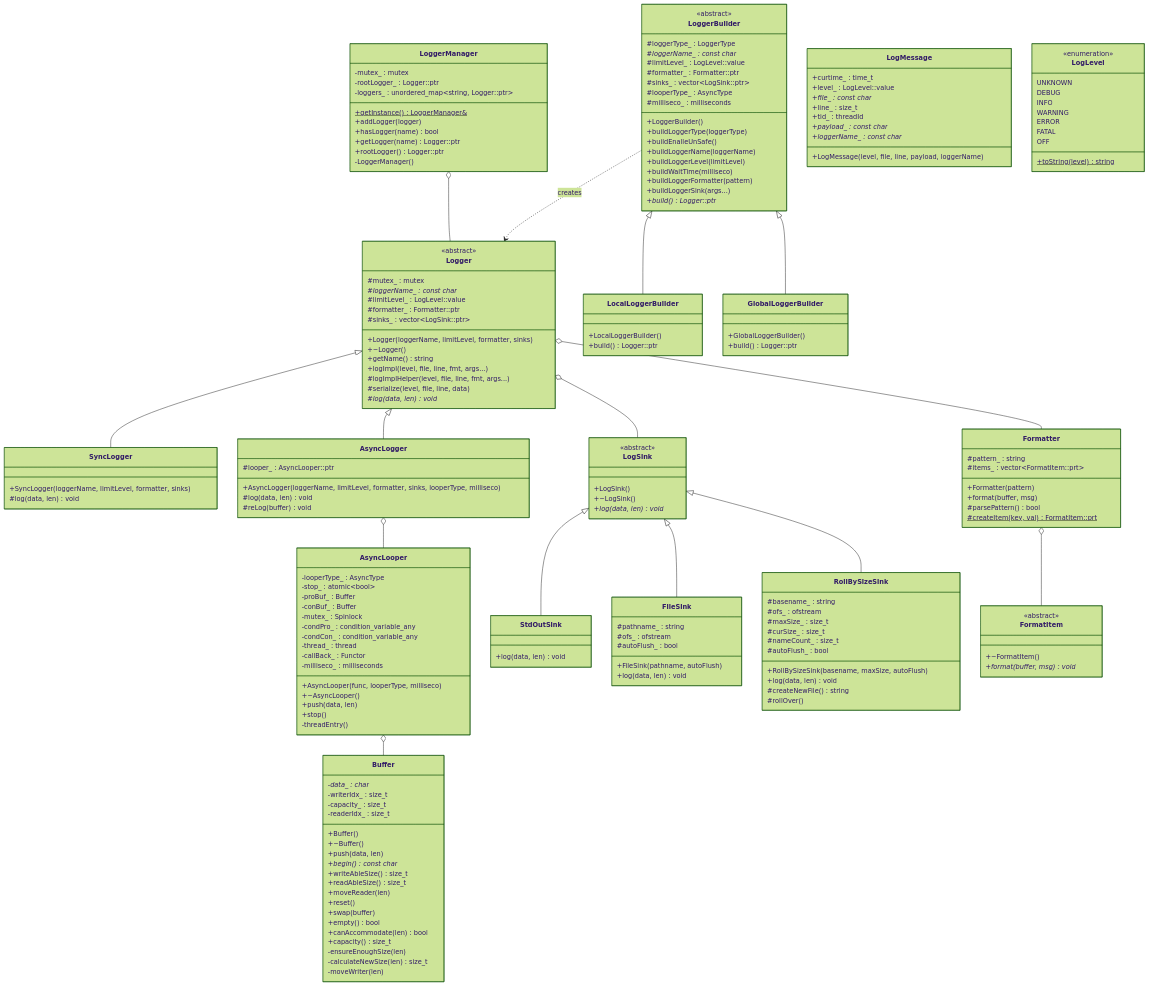
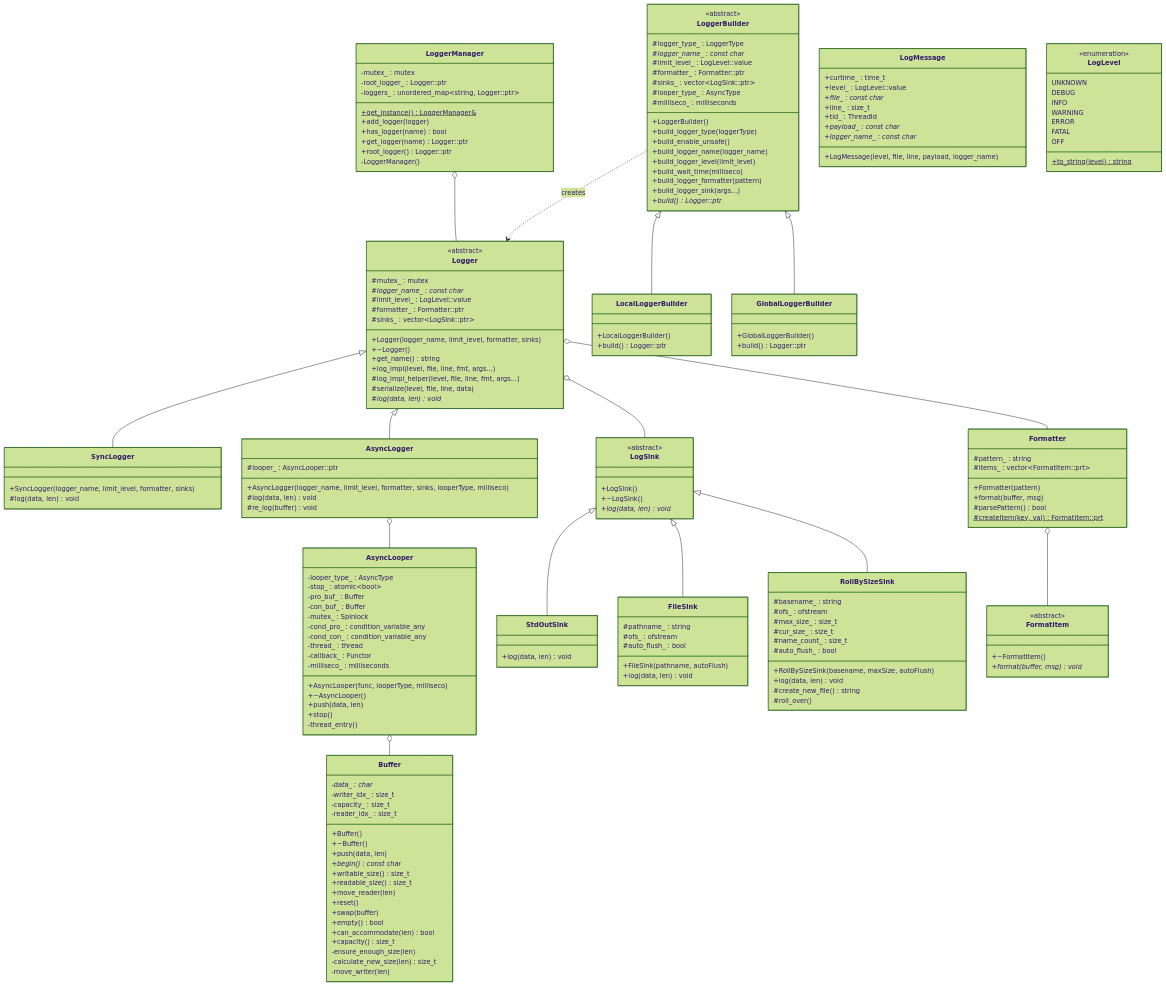
One commit to hzh-betty/zlynx changed the second of 4 diagrams in zlog/README.md. Above: the diagram before and after it, drawn with Mermaid (forest theme). The commit also changed other lines of this file and 29 other files, not shown here.

```diff
--- a/zlog/README.md
+++ b/zlog/README.md
@@ -100,48 +100,48 @@
     class Logger {
         <<abstract>>
         #mutex_ : mutex
-        #loggerName_ : const char*
-        #limitLevel_ : LogLevel::value
+        #logger_name_ : const char*
+        #limit_level_ : LogLevel::value
         #formatter_ : Formatter::ptr
         #sinks_ : vector~LogSink::ptr~
-        +Logger(loggerName, limitLevel, formatter, sinks)
+        +Logger(logger_name, limit_level, formatter, sinks)
         +~Logger()
-        +getName() string
-        +logImpl(level, file, line, fmt, args...)
-        #logImplHelper(level, file, line, fmt, args...)
+        +get_name() string
+        +log_impl(level, file, line, fmt, args...)
+        #log_impl_helper(level, file, line, fmt, args...)
         #serialize(level, file, line, data)
         #log(data, len)* void
     }
 
     class SyncLogger {
-        +SyncLogger(loggerName, limitLevel, formatter, sinks)
+        +SyncLogger(logger_name, limit_level, formatter, sinks)
         #log(data, len) void
     }
 
     class AsyncLogger {
         #looper_ : AsyncLooper::ptr
-        +AsyncLogger(loggerName, limitLevel, formatter, sinks, looperType, milliseco)
+        +AsyncLogger(logger_name, limit_level, formatter, sinks, looperType, milliseco)
         #log(data, len) void
-        #reLog(buffer) void
+        #re_log(buffer) void
     }
 
     class LoggerBuilder {
         <<abstract>>
-        #loggerType_ : LoggerType
-        #loggerName_ : const char*
-        #limitLevel_ : LogLevel::value
+        #logger_type_ : LoggerType
+        #logger_name_ : const char*
+        #limit_level_ : LogLevel::value
         #formatter_ : Formatter::ptr
         #sinks_ : vector~LogSink::ptr~
-        #looperType_ : AsyncType
+        #looper_type_ : AsyncType
         #milliseco_ : milliseconds
         +LoggerBuilder()
-        +buildLoggerType(loggerType)
-        +buildEnalleUnSafe()
-        +buildLoggerName(loggerName)
-        +buildLoggerLevel(limitLevel)
-        +buildWaitTime(milliseco)
-        +buildLoggerFormatter(pattern)
-        +buildLoggerSink(args...)
+        +build_logger_type(loggerType)
+        +build_enable_unsafe()
+        +build_logger_name(logger_name)
+        +build_logger_level(limit_level)
+        +build_wait_time(milliseco)
+        +build_logger_formatter(pattern)
+        +build_logger_sink(args...)
         +build()* Logger::ptr
     }
 
@@ -157,54 +157,54 @@
 
     class LoggerManager {
         -mutex_ : mutex
-        -rootLogger_ : Logger::ptr
+        -root_logger_ : Logger::ptr
         -loggers_ : unordered_map~string, Logger::ptr~
-        +getInstance()$ LoggerManager&
-        +addLogger(logger)
-        +hasLogger(name) bool
-        +getLogger(name) Logger::ptr
-        +rootLogger() Logger::ptr
+        +get_instance()$ LoggerManager&
+        +add_logger(logger)
+        +has_logger(name) bool
+        +get_logger(name) Logger::ptr
+        +root_logger() Logger::ptr
         -LoggerManager()
     }
 
     class AsyncLooper {
-        -looperType_ : AsyncType
+        -looper_type_ : AsyncType
         -stop_ : atomic~bool~
-        -proBuf_ : Buffer
-        -conBuf_ : Buffer
+        -pro_buf_ : Buffer
+        -con_buf_ : Buffer
         -mutex_ : Spinlock
-        -condPro_ : condition_variable_any
-        -condCon_ : condition_variable_any
+        -cond_pro_ : condition_variable_any
+        -cond_con_ : condition_variable_any
         -thread_ : thread
-        -callBack_ : Functor
+        -callback_ : Functor
         -milliseco_ : milliseconds
         +AsyncLooper(func, looperType, milliseco)
         +~AsyncLooper()
         +push(data, len)
         +stop()
-        -threadEntry()
+        -thread_entry()
     }
 
     class Buffer {
         -data_ : char*
-        -writerIdx_ : size_t
+        -writer_idx_ : size_t
         -capacity_ : size_t
-        -readerIdx_ : size_t
+        -reader_idx_ : size_t
         +Buffer()
         +~Buffer()
         +push(data, len)
         +begin() const char*
-        +writeAbleSize() size_t
-        +readAbleSize() size_t
-        +moveReader(len)
+        +writable_size() size_t
+        +readable_size() size_t
+        +move_reader(len)
         +reset()
         +swap(buffer)
         +empty() bool
-        +canAccommodate(len) bool
+        +can_accommodate(len) bool
         +capacity() size_t
-        -ensureEnoughSize(len)
-        -calculateNewSize(len) size_t
-        -moveWriter(len)
+        -ensure_enough_size(len)
+        -calculate_new_size(len) size_t
+        -move_writer(len)
     }
 
     class LogSink {
@@ -221,7 +221,7 @@
     class FileSink {
         #pathname_ : string
         #ofs_ : ofstream
-        #autoFlush_ : bool
+        #auto_flush_ : bool
         +FileSink(pathname, autoFlush)
         +log(data, len) void
     }
@@ -229,14 +229,14 @@
     class RollBySizeSink {
         #basename_ : string
         #ofs_ : ofstream
-        #maxSize_ : size_t
-        #curSize_ : size_t
-        #nameCount_ : size_t
-        #autoFlush_ : bool
+        #max_size_ : size_t
+        #cur_size_ : size_t
+        #name_count_ : size_t
+        #auto_flush_ : bool
         +RollBySizeSink(basename, maxSize, autoFlush)
         +log(data, len) void
-        #createNewFile() string
-        #rollOver()
+        #create_new_file() string
+        #roll_over()
     }
 
     class Formatter {
@@ -259,10 +259,10 @@
         +level_ : LogLevel::value
         +file_ : const char*
         +line_ : size_t
-        +tid_ : threadId
+        +tid_ : ThreadId
         +payload_ : const char*
-        +loggerName_ : const char*
-        +LogMessage(level, file, line, payload, loggerName)
+        +logger_name_ : const char*
+        +LogMessage(level, file, line, payload, logger_name)
     }
 
     class LogLevel {
@@ -274,7 +274,7 @@
         ERROR
         FATAL
         OFF
-        +toString(level)$ string
+        +to_string(level)$ string
     }
 
     Logger <|-- SyncLogger
```
